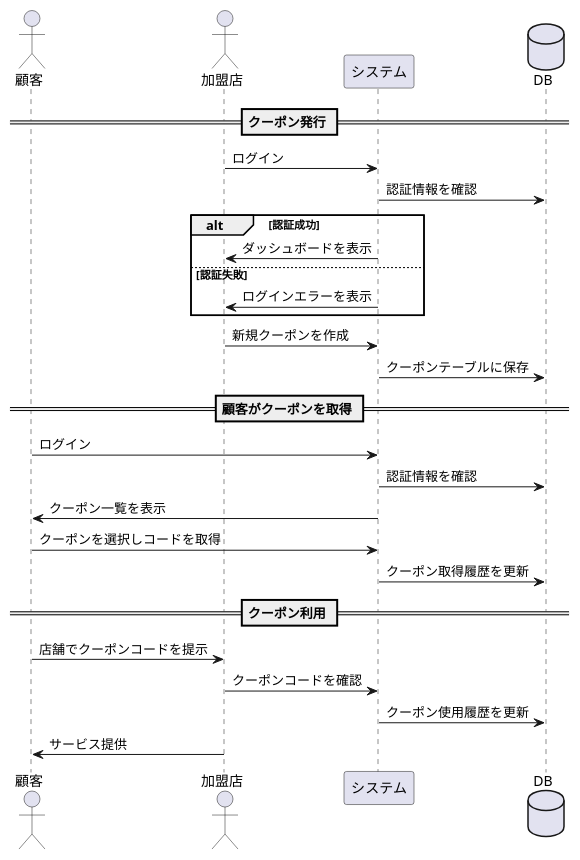
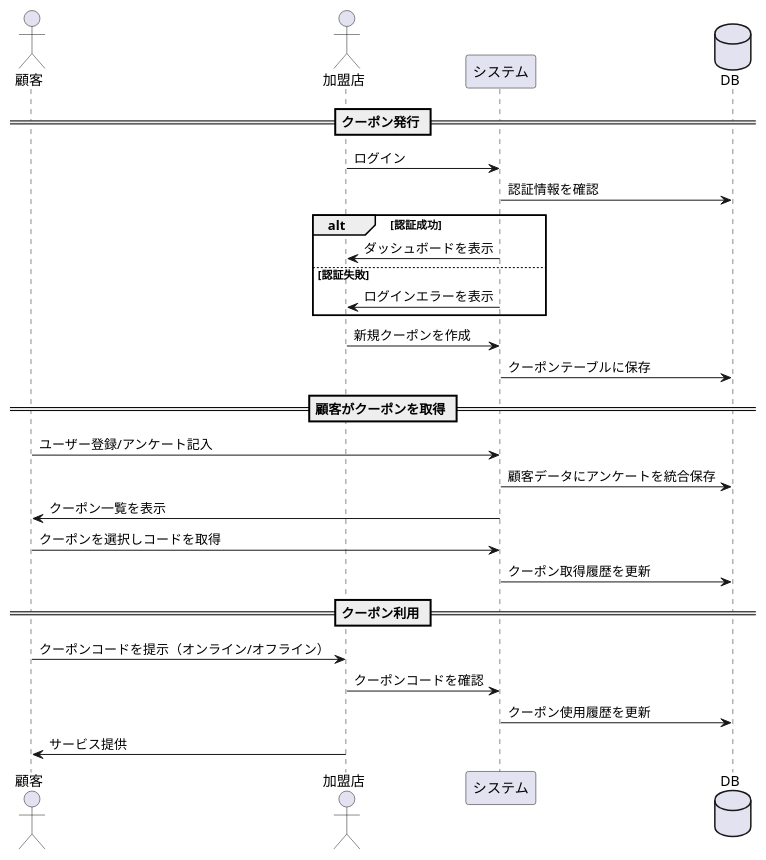
Before and after one commit to deeptell-inc/defo: the diagram in docs/sequences/Coupon.md, drawn with PlantUML. The commit also changed 3 other files, not shown here.

Commit message:
update sequences

````diff
--- a/docs/sequences/Coupon.md
+++ b/docs/sequences/Coupon.md
@@ -3,33 +3,33 @@
 ```plantuml
 @startuml
 actor 顧客 as Customer
 actor 加盟店 as Merchant
 participant システム as System
 database DB as Database
 
 == クーポン発行 ==
 Merchant -> System: ログイン
 System -> Database: 認証情報を確認
 alt 認証成功
     System -> Merchant: ダッシュボードを表示
 else 認証失敗
     System -> Merchant: ログインエラーを表示
 end
 
 Merchant -> System: 新規クーポンを作成
 System -> Database: クーポンテーブルに保存
 
 == 顧客がクーポンを取得 ==
-Customer -> System: ログイン
-System -> Database: 認証情報を確認
+Customer -> System: ユーザー登録/アンケート記入
+System -> Database: 顧客データにアンケートを統合保存
 System -> Customer: クーポン一覧を表示
 Customer -> System: クーポンを選択しコードを取得
 System -> Database: クーポン取得履歴を更新
 
 == クーポン利用 ==
-Customer -> Merchant: 店舗でクーポンコードを提示
+Customer -> Merchant: クーポンコードを提示（オンライン/オフライン）
 Merchant -> System: クーポンコードを確認
 System -> Database: クーポン使用履歴を更新
 Merchant -> Customer: サービス提供
 @enduml
 ```
````
